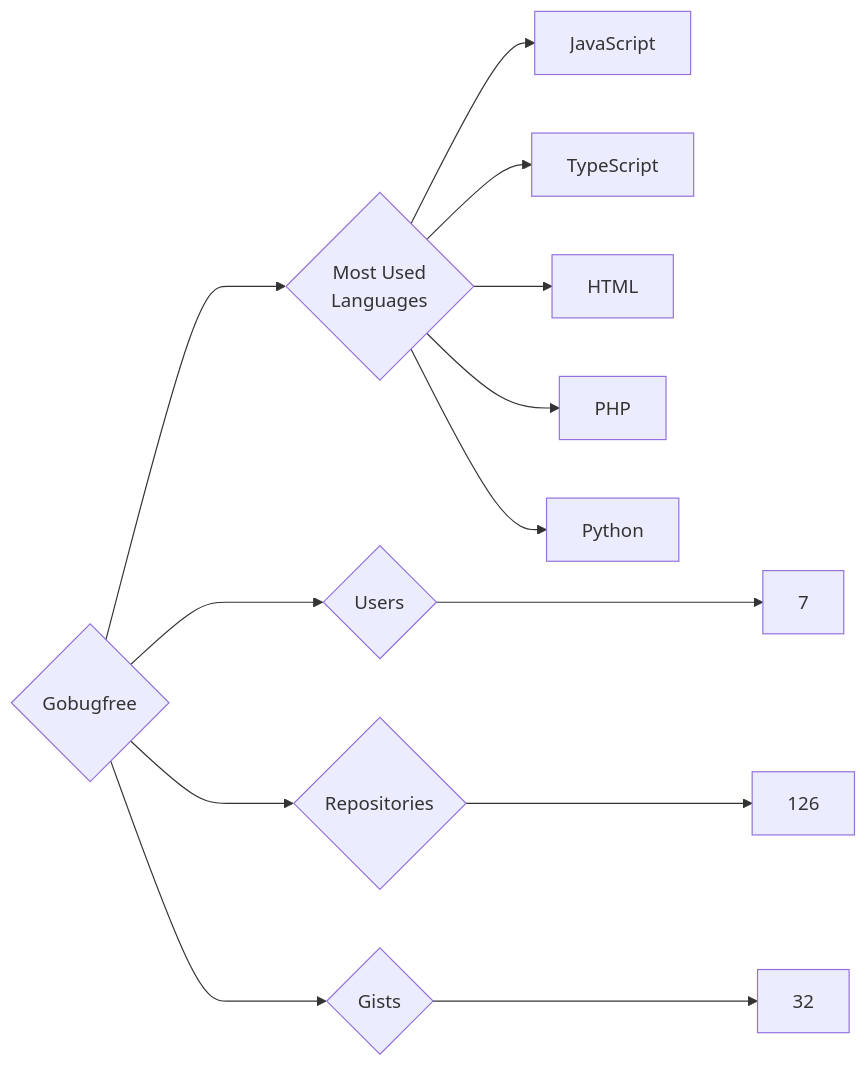
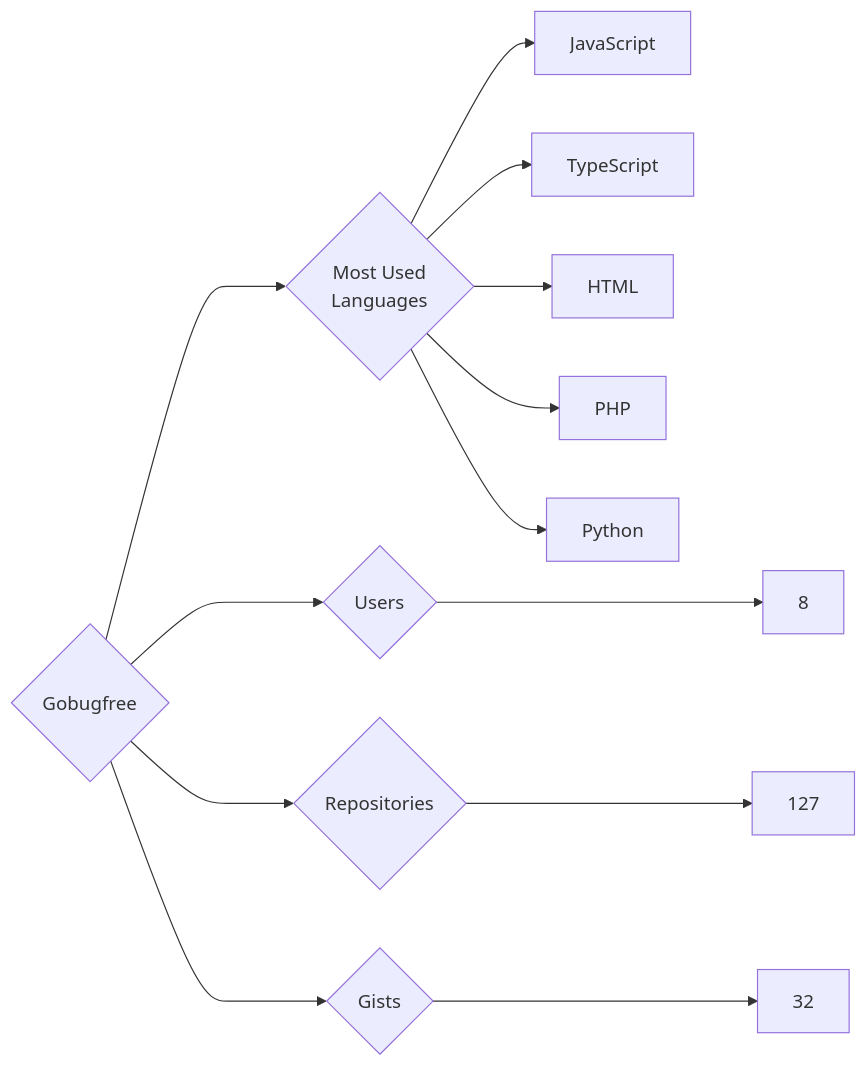
Before and after one commit to trickest/insiders: the diagram in targets/Gobugfree/README.md, drawn with Mermaid. The commit also changed 1092 other files, not shown here.

````diff
--- a/targets/Gobugfree/README.md
+++ b/targets/Gobugfree/README.md
@@ -3,13 +3,13 @@
 ```mermaid
 graph LR
 COMPANY_NAME{Gobugfree}
-COMPANY_NAME ---> U{Users} ---> UN[7]
-COMPANY_NAME ---> R{Repositories} ---> RN[126]
+COMPANY_NAME ---> U{Users} ---> UN[8]
+COMPANY_NAME ---> R{Repositories} ---> RN[127]
 COMPANY_NAME ---> G{Gists} ---> GN[32]
 COMPANY_NAME ---> ML{Most Used<br>Languages}
 ML --> JavaScript[JavaScript]
 ML --> TypeScript[TypeScript]
 ML --> HTML[HTML]
 ML --> PHP[PHP]
 ML --> Python[Python]
 ```
````
